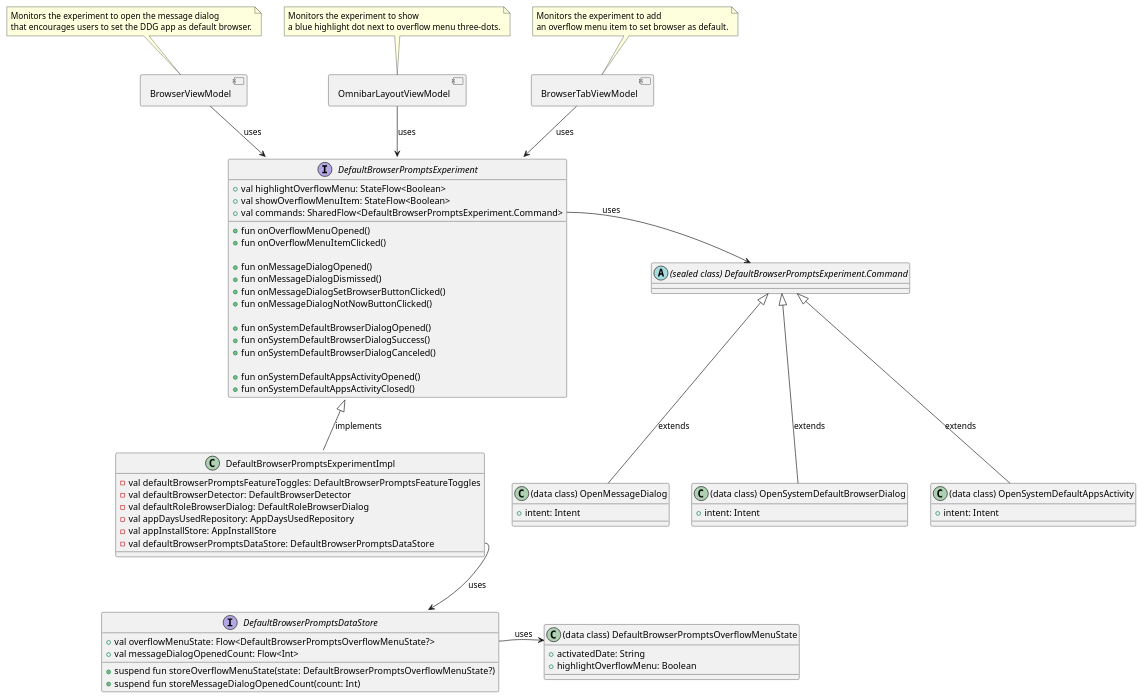
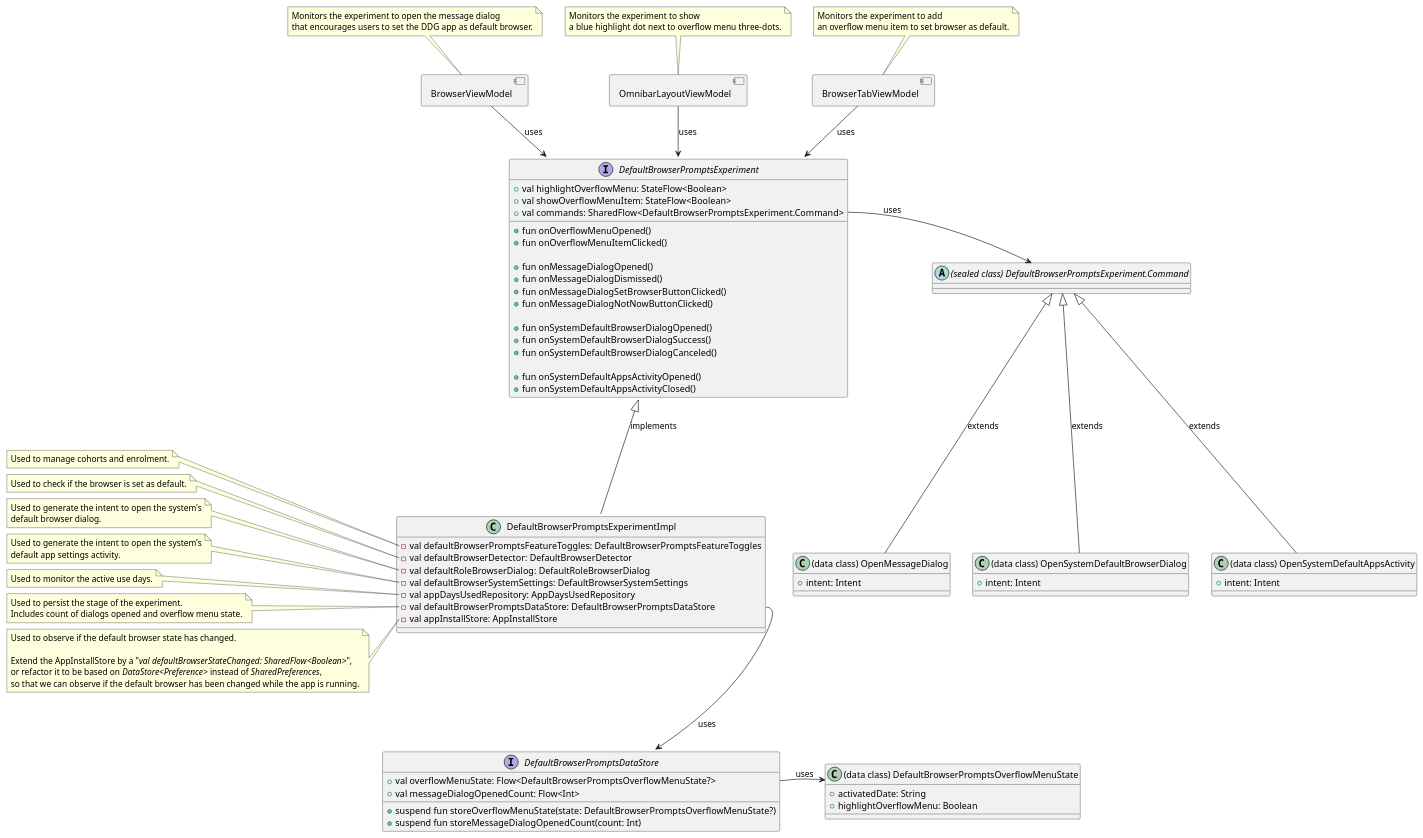
One commit to duckduckgo/Android changed the diagram in app/src/main/java/com/duckduckgo/app/browser/defaultbrowsing/prompts/default_browser_prompts_experiment.puml. Above: the diagram before and after it, drawn with PlantUML.

```diff
--- a/app/src/main/java/com/duckduckgo/app/browser/defaultbrowsing/prompts/default_browser_prompts_experiment.puml
+++ b/app/src/main/java/com/duckduckgo/app/browser/defaultbrowsing/prompts/default_browser_prompts_experiment.puml
@@ -1,94 +1,130 @@
 @startuml
 allowmixing
 
 abstract class DefaultBrowserPromptsExperimentCommand as "(sealed class) DefaultBrowserPromptsExperiment.Command"
 
 class OpenMessageDialog as "(data class) OpenMessageDialog" {
   + intent: Intent
 }
 
 class OpenSystemDefaultBrowserDialog as "(data class) OpenSystemDefaultBrowserDialog" {
   + intent: Intent
 }
 
 class OpenSystemDefaultAppsActivity as "(data class) OpenSystemDefaultAppsActivity" {
   + intent: Intent
 }
 
 DefaultBrowserPromptsExperimentCommand <|-- OpenMessageDialog : extends
 DefaultBrowserPromptsExperimentCommand <|-- OpenSystemDefaultBrowserDialog : extends
 DefaultBrowserPromptsExperimentCommand <|-- OpenSystemDefaultAppsActivity : extends
 
 interface DefaultBrowserPromptsExperiment {
   + val highlightOverflowMenu: StateFlow<Boolean>
   + val showOverflowMenuItem: StateFlow<Boolean>
   + val commands: SharedFlow<DefaultBrowserPromptsExperiment.Command>
 
   + fun onOverflowMenuOpened()
   + fun onOverflowMenuItemClicked()
 
   + fun onMessageDialogOpened()
   + fun onMessageDialogDismissed()
   + fun onMessageDialogSetBrowserButtonClicked()
   + fun onMessageDialogNotNowButtonClicked()
 
   + fun onSystemDefaultBrowserDialogOpened()
   + fun onSystemDefaultBrowserDialogSuccess()
   + fun onSystemDefaultBrowserDialogCanceled()
 
   + fun onSystemDefaultAppsActivityOpened()
   + fun onSystemDefaultAppsActivityClosed()
 }
 
 DefaultBrowserPromptsExperiment::commands -> DefaultBrowserPromptsExperimentCommand : uses
 
 class DefaultBrowserPromptsOverflowMenuState as "(data class) DefaultBrowserPromptsOverflowMenuState" {
   + activatedDate: String
   + highlightOverflowMenu: Boolean
 }
 
 interface DefaultBrowserPromptsDataStore {
   + val overflowMenuState: Flow<DefaultBrowserPromptsOverflowMenuState?>
   + val messageDialogOpenedCount: Flow<Int>
 
   + suspend fun storeOverflowMenuState(state: DefaultBrowserPromptsOverflowMenuState?)
   + suspend fun storeMessageDialogOpenedCount(count: Int)
 }
 
 DefaultBrowserPromptsDataStore::overflowMenuState -> DefaultBrowserPromptsOverflowMenuState : uses
 
 class DefaultBrowserPromptsExperimentImpl {
   - val defaultBrowserPromptsFeatureToggles: DefaultBrowserPromptsFeatureToggles
   - val defaultBrowserDetector: DefaultBrowserDetector
   - val defaultRoleBrowserDialog: DefaultRoleBrowserDialog
+  - val defaultBrowserSystemSettings: DefaultBrowserSystemSettings
   - val appDaysUsedRepository: AppDaysUsedRepository
+  - val defaultBrowserPromptsDataStore: DefaultBrowserPromptsDataStore
   - val appInstallStore: AppInstallStore
-  - val defaultBrowserPromptsDataStore: DefaultBrowserPromptsDataStore
 }
 
 DefaultBrowserPromptsExperiment <|-- DefaultBrowserPromptsExperimentImpl : implements
 
 DefaultBrowserPromptsExperimentImpl::defaultBrowserPromptsDataStore --> DefaultBrowserPromptsDataStore : uses
+
+note left of DefaultBrowserPromptsExperimentImpl::defaultBrowserPromptsFeatureToggles
+  Used to manage cohorts and enrolment.
+end note
+
+note left of DefaultBrowserPromptsExperimentImpl::defaultBrowserDetector
+  Used to check if the browser is set as default.
+end note
+
+note left of DefaultBrowserPromptsExperimentImpl::defaultRoleBrowserDialog
+  Used to generate the intent to open the system's
+  default browser dialog.
+end note
+
+note left of DefaultBrowserPromptsExperimentImpl::defaultBrowserSystemSettings
+  Used to generate the intent to open the system's
+  default app settings activity.
+end note
+
+note left of DefaultBrowserPromptsExperimentImpl::appDaysUsedRepository
+  Used to monitor the active use days.
+end note
+
+note left of DefaultBrowserPromptsExperimentImpl::defaultBrowserPromptsDataStore
+  Used to persist the stage of the experiment.
+  Includes count of dialogs opened and overflow menu state.
+end note
+
+note left of DefaultBrowserPromptsExperimentImpl::appInstallStore
+  Used to observe if the default browser state has changed.
+
+  Extend the AppInstallStore by a "//val defaultBrowserStateChanged: SharedFlow<Boolean>//",
+  or refactor it to be based on //DataStore<Preference>// instead of //SharedPreferences//,
+  so that we can observe if the default browser has been changed while the app is running.
+end note
 
 component BrowserViewModel
 BrowserViewModel --> DefaultBrowserPromptsExperiment : uses
 note top of BrowserViewModel
   Monitors the experiment to open the message dialog
   that encourages users to set the DDG app as default browser.
 end note
 
 component OmnibarLayoutViewModel
 OmnibarLayoutViewModel --> DefaultBrowserPromptsExperiment : uses
 note top of OmnibarLayoutViewModel
   Monitors the experiment to show
   a blue highlight dot next to overflow menu three-dots.
 end note
 
 component BrowserTabViewModel
 BrowserTabViewModel --> DefaultBrowserPromptsExperiment : uses
 note top of BrowserTabViewModel
   Monitors the experiment to add
   an overflow menu item to set browser as default.
 end note
 
 @enduml
```
